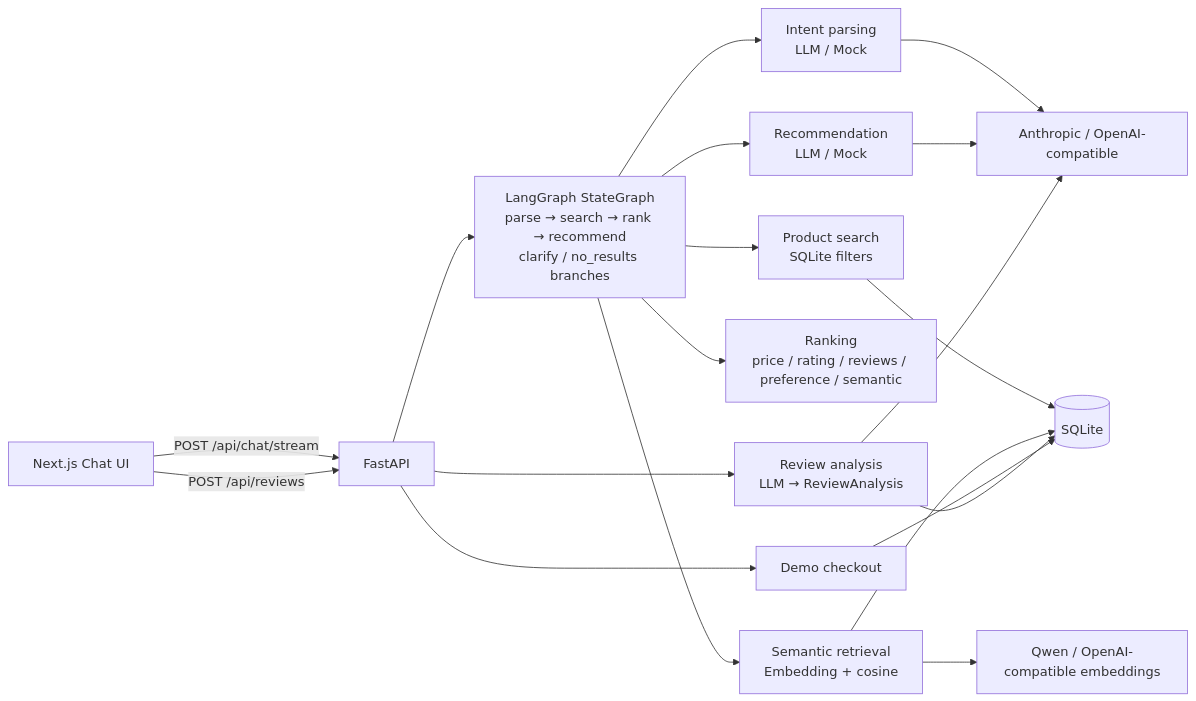
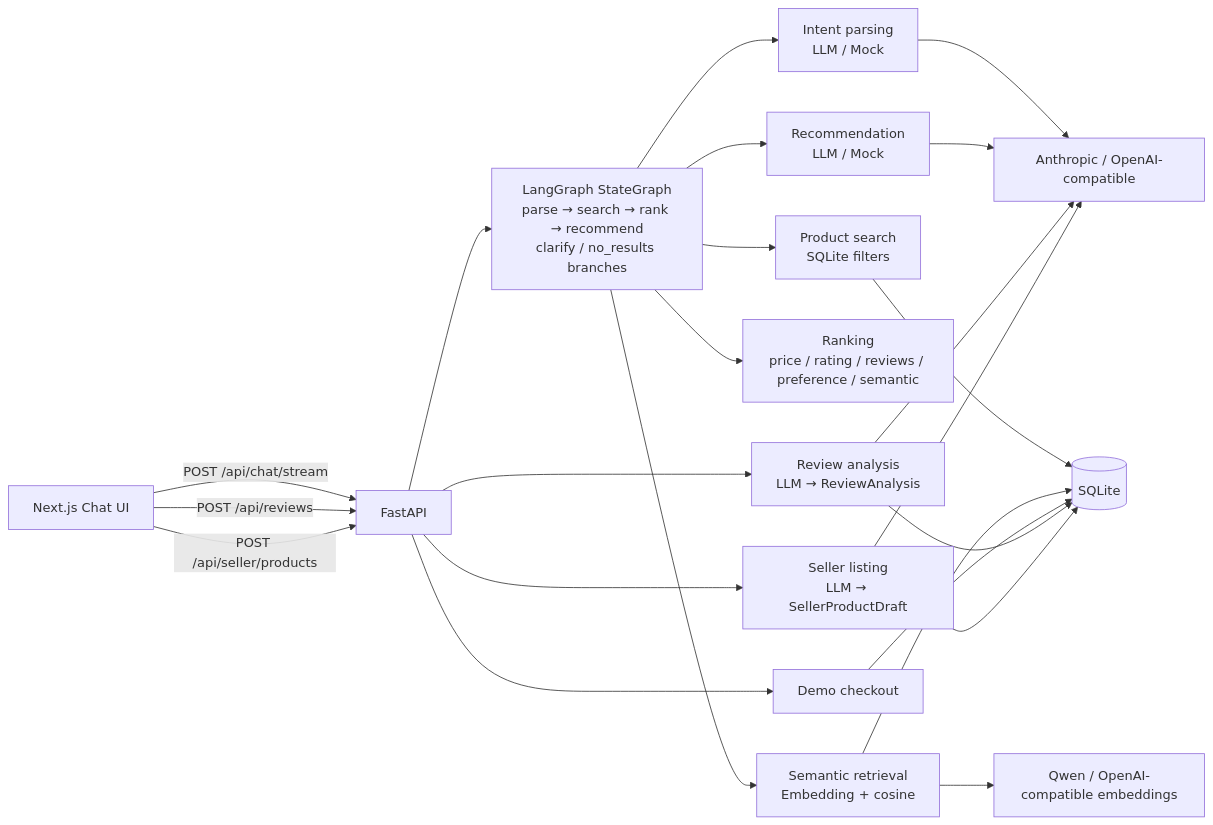
One commit to sunsunyi821-hub/shopwise-agent changed the first of 2 diagrams in README.md. Above: the diagram before and after it, drawn with Mermaid. The commit also changed other lines of this file and 49 other files, not shown here.

Commit message:
Add seller listings with LLM-structured product data

````diff
--- a/README.md
+++ b/README.md
@@ -68,21 +70,25 @@
 ```mermaid
 flowchart LR
     U["Next.js Chat UI"] -->|POST /api/chat/stream| A["FastAPI"]
     U -->|POST /api/reviews| A
+    U -->|POST /api/seller/products| A
     A --> G["LangGraph StateGraph<br/>parse → search → rank → recommend<br/>clarify / no_results branches"]
     G --> P["Intent parsing<br/>LLM / Mock"]
     G --> S["Product search<br/>SQLite filters"]
     G --> E["Semantic retrieval<br/>Embedding + cosine"]
     G --> K["Ranking<br/>price / rating / reviews / preference / semantic"]
     G --> W["Recommendation<br/>LLM / Mock"]
     A --> RV["Review analysis<br/>LLM → ReviewAnalysis"]
+    A --> SL["Seller listing<br/>LLM → SellerProductDraft"]
     A --> O["Demo checkout"]
     S --> DB[(SQLite)]
     E --> DB
     O --> DB
     RV --> DB
+    SL --> DB
     P --> LLM["Anthropic / OpenAI-compatible"]
     E --> EMB["Qwen / OpenAI-compatible embeddings"]
     W --> LLM
     RV --> LLM
+    SL --> LLM
 ```
````
